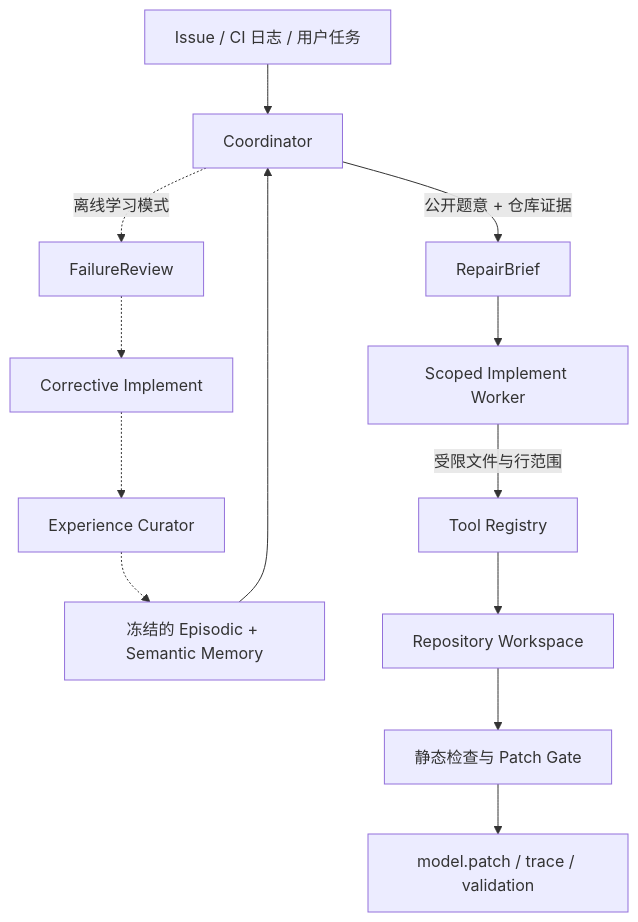
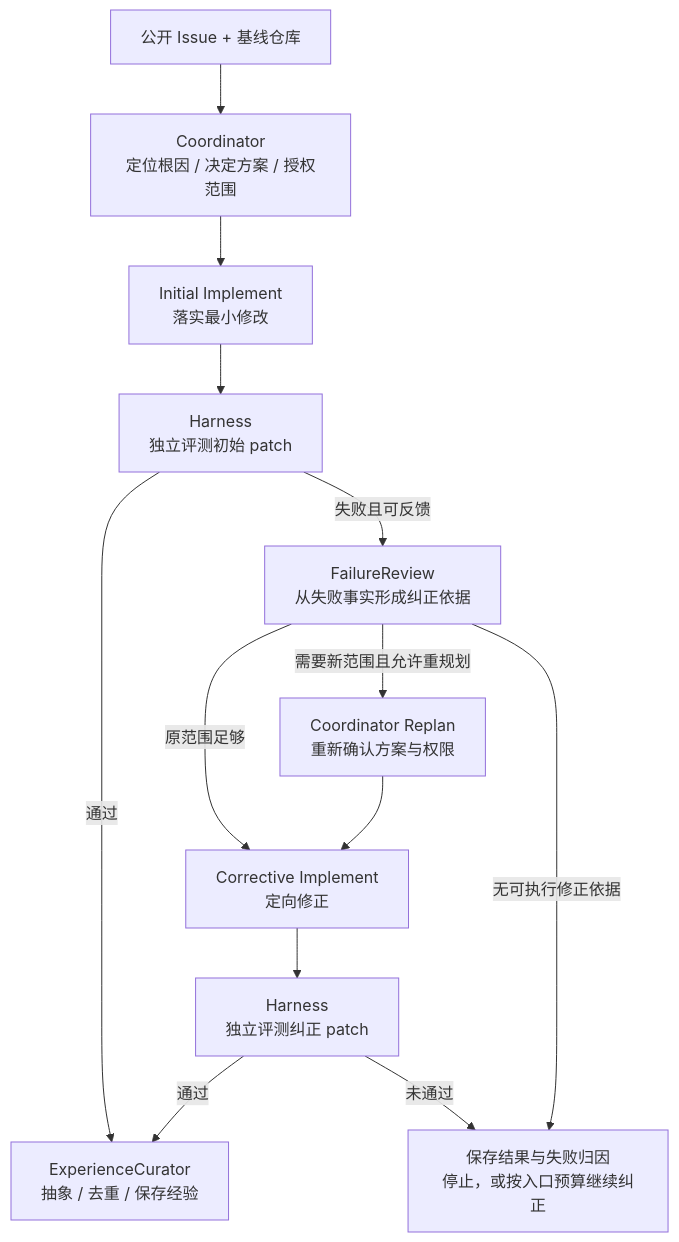
The first of 3 diagrams in README.md (Artoriazzz/RepoAgent), drawn with Mermaid before and after one commit. The commit also changed other lines of this file and 113 other files, not shown here.

First line of the commit message:
feat: sync multi-agent runtime, dual-memory retrieval and worker pipeline

````diff
--- a/README.md
+++ b/README.md
@@ -20,16 +60,15 @@
 ```mermaid
 flowchart TD
-    U["Issue / CI 日志 / 用户任务"] --> C["Coordinator"]
-    M["冻结的 Episodic + Semantic Memory"] --> C
-    C -->|"公开题意 + 仓库证据"| R["RepairBrief"]
-    R --> I["Scoped Implement Worker"]
-    I -->|"受限文件与行范围"| T["Tool Registry"]
-    T --> W["Repository Workspace"]
-    W --> G["静态检查与 Patch Gate"]
-    G --> O["model.patch / trace / validation"]
-
-    C -. "离线学习模式" .-> F["FailureReview"]
-    F -.-> CI["Corrective Implement"]
-    CI -.-> E["Experience Curator"]
-    E -.-> M
+    Issue["公开 Issue + 基线仓库"] --> C["Coordinator<br/>定位根因 / 决定方案 / 授权范围"]
+    C --> I["Initial Implement<br/>落实最小修改"]
+    I --> H1["Harness<br/>独立评测初始 patch"]
+    H1 -->|"通过"| E["ExperienceCurator<br/>抽象 / 去重 / 保存经验"]
+    H1 -->|"失败且可反馈"| F["FailureReview<br/>从失败事实形成纠正依据"]
+    F -->|"原范围足够"| CI["Corrective Implement<br/>定向修正"]
+    F -->|"需要新范围且允许重规划"| R["Coordinator Replan<br/>重新确认方案与权限"]
+    R --> CI
+    CI --> H2["Harness<br/>独立评测纠正 patch"]
+    H2 -->|"通过"| E
+    H2 -->|"未通过"| S["保存结果与失败归因<br/>停止，或按入口预算继续纠正"]
+    F -->|"无可执行修正依据"| S
 ```
````
